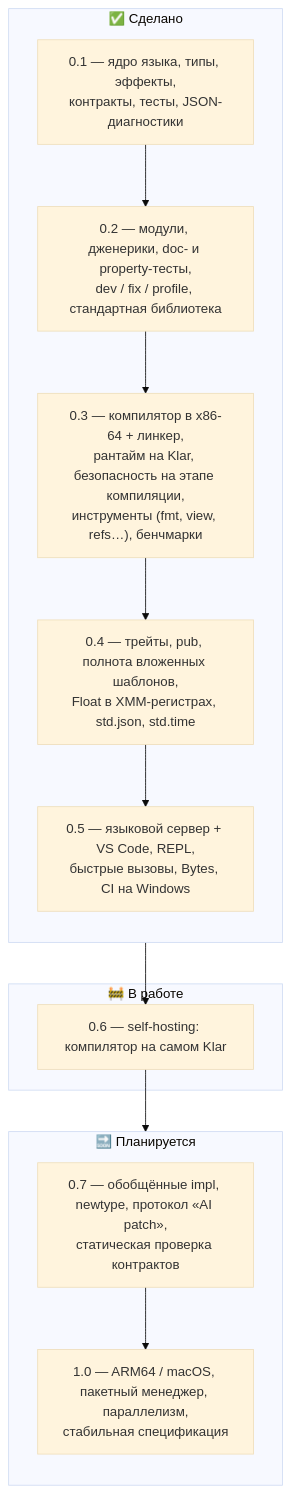
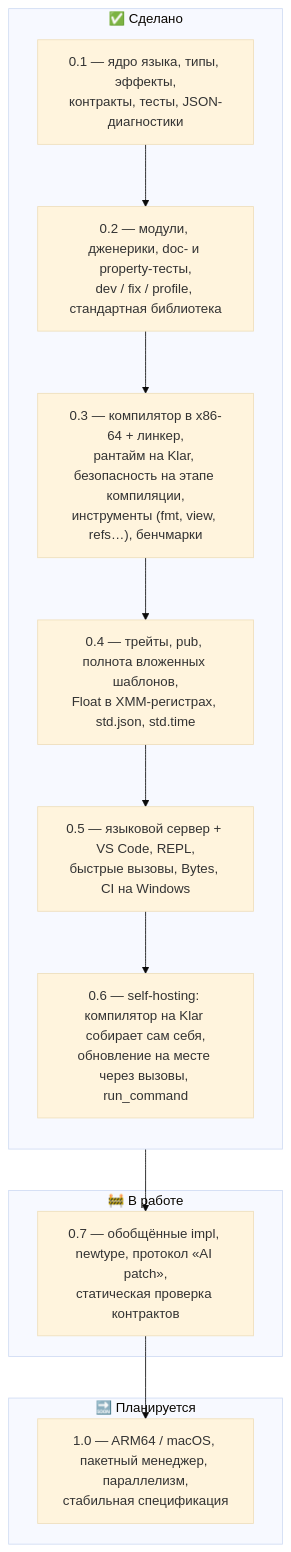
The second of 2 diagrams in README.ru.md (veosett/Klar), drawn with Mermaid (base theme) before and after one commit. The commit also changed other lines of this file and 6 other files, not shown here.

First line of the commit message:
Release 0.6.0: self-hosting

````diff
--- a/README.ru.md
+++ b/README.ru.md
@@ -148,22 +148,20 @@
 ```mermaid
 flowchart TB
     subgraph done["✅ Сделано"]
         direction TB
         v01["0.1 — ядро языка, типы, эффекты,<br/>контракты, тесты, JSON-диагностики"]
         v02["0.2 — модули, дженерики, doc- и property-тесты,<br/>dev / fix / profile, стандартная библиотека"]
         v03["0.3 — компилятор в x86-64 + линкер,<br/>рантайм на Klar, безопасность на этапе компиляции,<br/>инструменты (fmt, view, refs…), бенчмарки"]
         v04["0.4 — трейты, pub, полнота вложенных шаблонов,<br/>Float в XMM-регистрах, std.json, std.time"]
         v05["0.5 — языковой сервер + VS Code, REPL,<br/>быстрые вызовы, Bytes, CI на Windows"]
-        v01 --> v02 --> v03 --> v04 --> v05
+        v06["0.6 — self-hosting: компилятор на Klar собирает сам себя,<br/>обновление на месте через вызовы, run_command"]
+        v01 --> v02 --> v03 --> v04 --> v05 --> v06
     end
     subgraph now["🚧 В работе"]
-        v06["0.6 — self-hosting: компилятор на самом Klar"]
+        v07["0.7 — обобщённые impl, newtype, протокол «AI patch»,<br/>статическая проверка контрактов"]
     end
     subgraph next["🔜 Планируется"]
-        direction TB
-        v07["0.7 — обобщённые impl, newtype, протокол «AI patch»,<br/>статическая проверка контрактов"]
         v10["1.0 — ARM64 / macOS, пакетный менеджер, параллелизм,<br/>стабильная спецификация"]
-        v07 --> v10
     end
-    v05 --> v06 --> v07
+    v06 --> v07 --> v10
 ```
````
